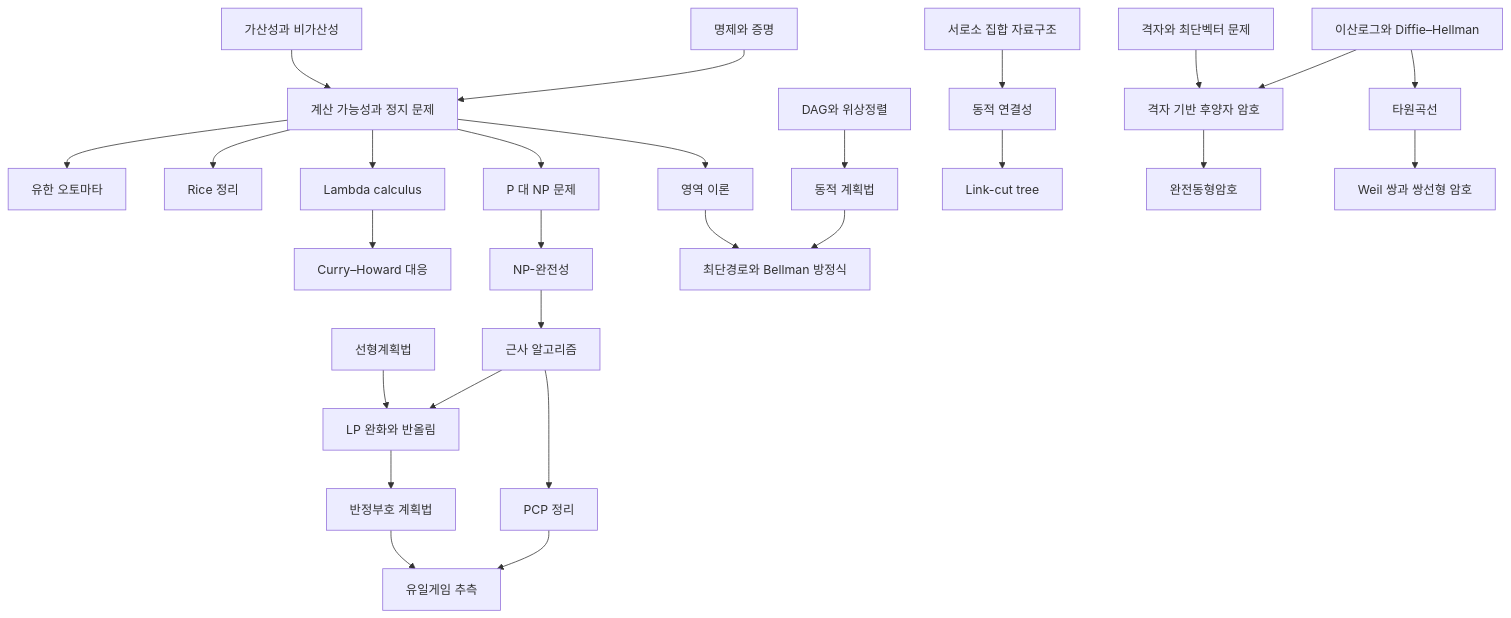
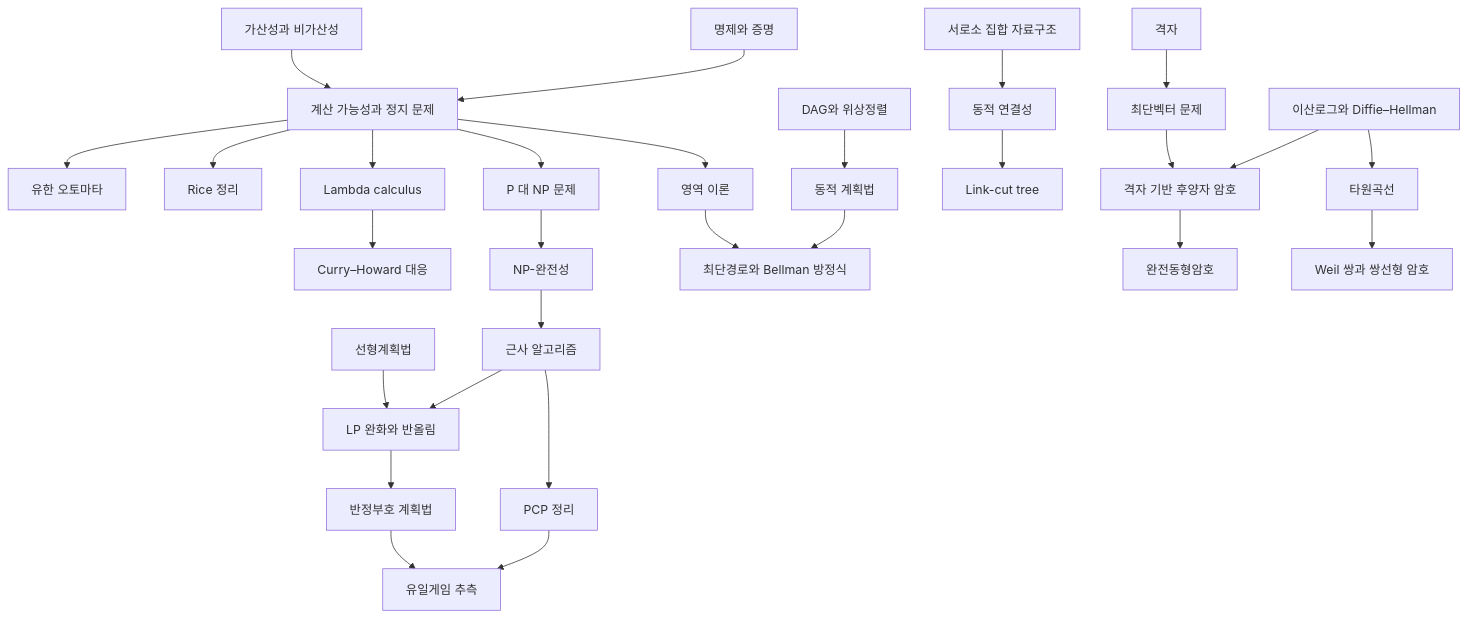
Before and after one commit to Phryxia/math-map: the diagram in docs/computation-overview.md, drawn with Mermaid. The commit also changed other lines of this file and 11 other files, not shown here.

````diff
--- a/docs/computation-overview.md
+++ b/docs/computation-overview.md
@@ -13,29 +13,30 @@
 ```mermaid
 graph TD
   PF["명제와 증명"] --> CB["계산 가능성과 정지 문제"]
   CA["가산성과 비가산성"] --> CB
   CB --> FA["유한 오토마타"]
   CB --> RT["Rice 정리"]
   CB --> LC["Lambda calculus"]
   CB --> DT["영역 이론"]
   LC --> CH["Curry–Howard 대응"]
   CB --> PN["P 대 NP 문제"]
   PN --> NPC["NP-완전성"]
   NPC --> AA["근사 알고리즘"]
   AA --> LPR["LP 완화와 반올림"]
   AA --> PCP["PCP 정리"]
   PCP --> UG["유일게임 추측"]
   LP["선형계획법"] --> LPR
   LPR --> SDP["반정부호 계획법"]
   SDP --> UG
   DAG["DAG와 위상정렬"] --> DP["동적 계획법"]
   DP --> SP["최단경로와 Bellman 방정식"]
   DT --> SP
   UF["서로소 집합 자료구조"] --> DC["동적 연결성"]
   DC --> LCT["Link-cut tree"]
   DL["이산로그와 Diffie–Hellman"] --> PQ["격자 기반 후양자 암호"]
-  LA["격자와 최단벡터 문제"] --> PQ
+  LA["격자"] --> SVP["최단벡터 문제"]
+  SVP --> PQ
   PQ --> HE["완전동형암호"]
   DL --> EC["타원곡선"]
   EC --> PBC["Weil 쌍과 쌍선형 암호"]
 ```
````
